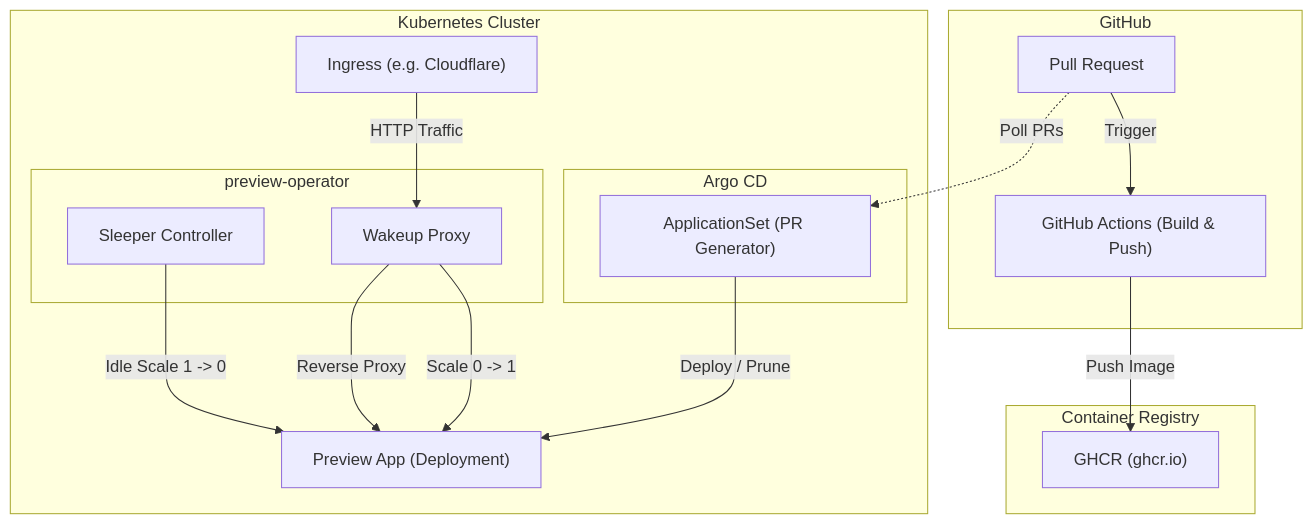
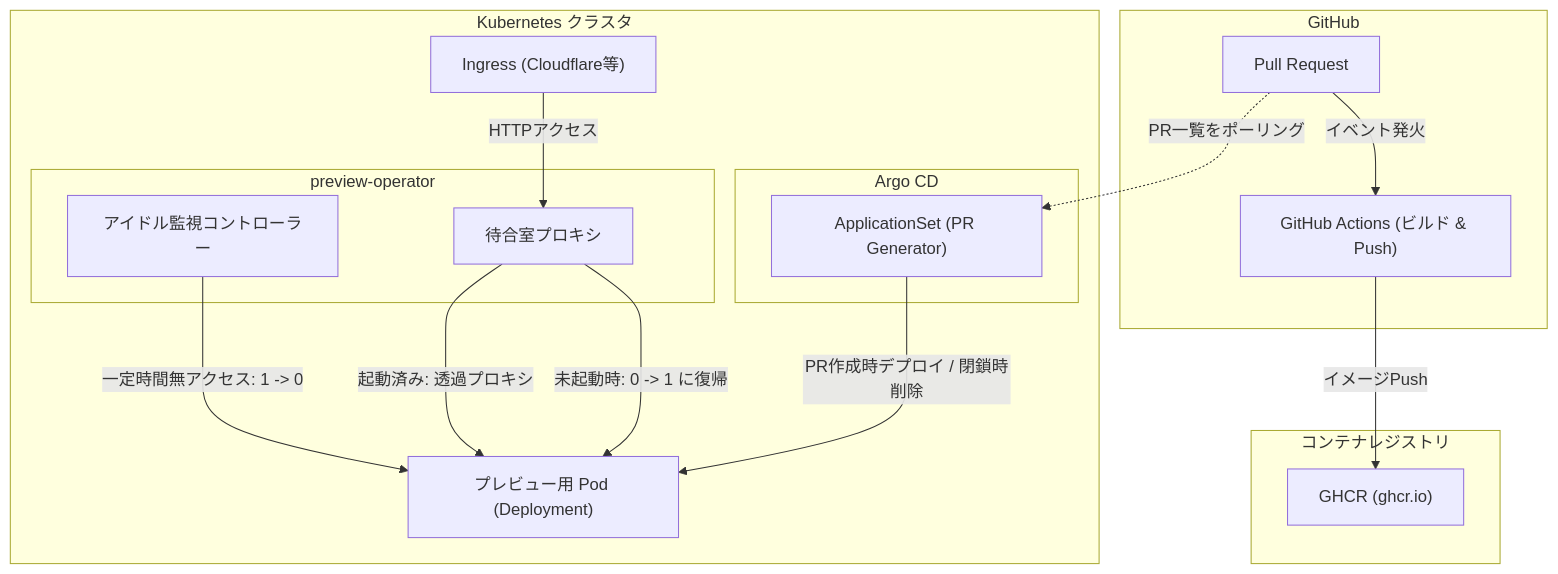
One commit to AobaIwaki123/preview-operator changed the diagram in docs/argocd-integration.md. Above: the diagram before and after it, drawn with Mermaid. The commit also changed other lines of this file and 3 other files, not shown here.

````diff
--- a/docs/argocd-integration.md
+++ b/docs/argocd-integration.md
@@ -9,36 +9,36 @@
 ```mermaid
 %%{init: {"flowchart": {"curve": "basis"}}}%%
 flowchart TD
     subgraph GitHub ["GitHub"]
         PR["Pull Request"]
-        CI["GitHub Actions (Build & Push)"]
+        CI["GitHub Actions (ビルド & Push)"]
     end
 
-    subgraph Registry ["Container Registry"]
+    subgraph Registry ["コンテナレジストリ"]
         GHCR["GHCR (ghcr.io)"]
     end
 
-    subgraph Cluster ["Kubernetes Cluster"]
+    subgraph Cluster ["Kubernetes クラスタ"]
         subgraph ArgoCD ["Argo CD"]
             AppSet["ApplicationSet (PR Generator)"]
         end
 
         subgraph Operator ["preview-operator"]
-            Proxy["Wakeup Proxy"]
-            Sleeper["Sleeper Controller"]
+            Proxy["待合室プロキシ"]
+            Sleeper["アイドル監視コントローラー"]
         end
 
-        App["Preview App (Deployment)"]
-        Ingress["Ingress (e.g. Cloudflare)"]
+        App["プレビュー用 Pod (Deployment)"]
+        Ingress["Ingress (Cloudflare等)"]
     end
 
-    PR -->|"Trigger"| CI
-    CI -->|"Push Image"| GHCR
-    PR -.->|"Poll PRs"| AppSet
-    AppSet -->|"Deploy / Prune"| App
+    PR -->|"イベント発火"| CI
+    CI -->|"イメージPush"| GHCR
+    PR -.->|"PR一覧をポーリング"| AppSet
+    AppSet -->|"PR作成時デプロイ / 閉鎖時削除"| App
 
-    Ingress -->|"HTTP Traffic"| Proxy
-    Proxy -->|"Scale 0 -> 1"| App
-    Proxy -->|"Reverse Proxy"| App
-    Sleeper -->|"Idle Scale 1 -> 0"| App
+    Ingress -->|"HTTPアクセス"| Proxy
+    Proxy -->|"未起動時: 0 -> 1 に復帰"| App
+    Proxy -->|"起動済み: 透過プロキシ"| App
+    Sleeper -->|"一定時間無アクセス: 1 -> 0"| App
 ```
````
